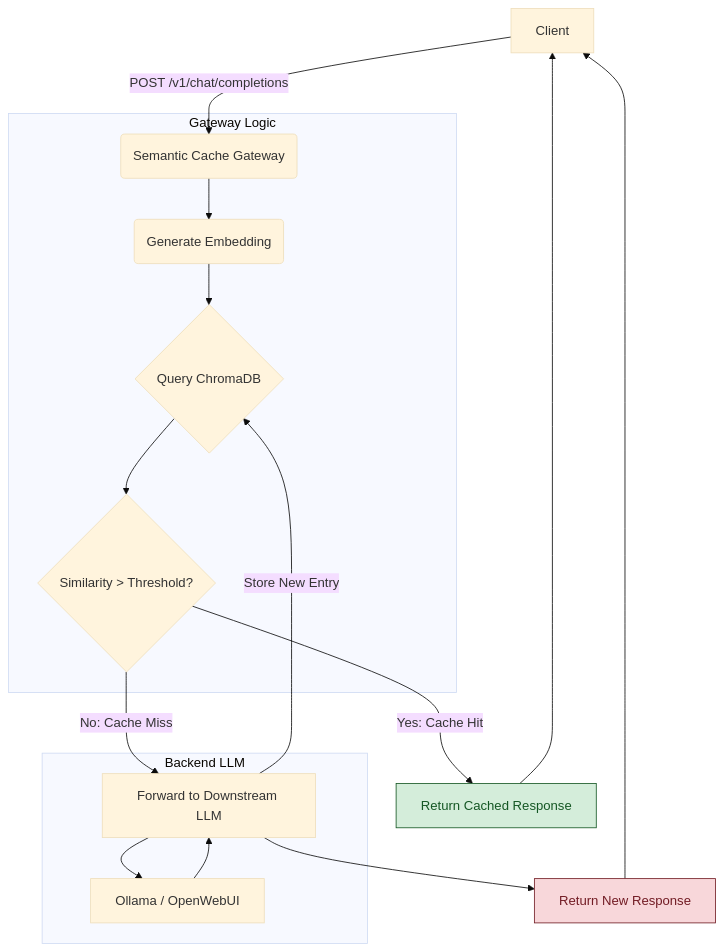
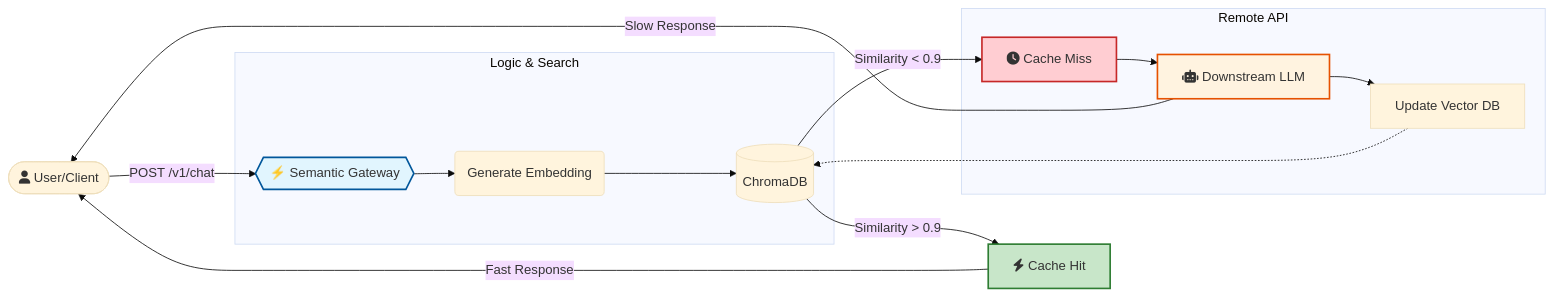
The diagram in README.md (ShahirShamim/AI-Cache), drawn with Mermaid (base theme) before and after one commit.

Commit message:
Update README with new semantic gateway diagram

````diff
--- a/README.md
+++ b/README.md
@@ -19,27 +19,44 @@
 ```mermaid
-graph TD
-    A[Client] -->|POST /v1/chat/completions| B(Semantic Cache Gateway)
+graph LR
+    %% Node Definitions
+    User([fa:fa-user User/Client])
+    Gateway{{"⚡ Semantic Gateway"}}
+    Embed(Generate Embedding)
+    VectorDB[(ChromaDB)]
+    LLM[fa:fa-robot Downstream LLM]
     
-    subgraph Gateway Logic
-        B --> C(Generate Embedding)
-        C --> D{Query ChromaDB}
-        D --> E{Similarity > Threshold?}
+    %% Style Classes
+    classDef cacheHit fill:#e1f5fe,stroke:#01579b,stroke-width:2px;
+    classDef cacheMiss fill:#fff3e0,stroke:#e65100,stroke-width:2px;
+    classDef success fill:#c8e6c9,stroke:#2e7d32,stroke-width:2px;
+    classDef failure fill:#ffcdd2,stroke:#c62828,stroke-width:2px;
+
+    %% Main Flow
+    User -->|POST /v1/chat| Gateway
+    
+    subgraph Logic ["Logic & Search"]
+        Gateway --> Embed
+        Embed --> VectorDB
     end
 
-    E -->|Yes: Cache Hit| F[Return Cached Response]
-    F --> A
+    %% Decision Path
+    VectorDB -- "Similarity > 0.9" --> Hit[fa:fa-bolt Cache Hit]
+    VectorDB -- "Similarity < 0.9" --> Miss[fa:fa-clock Cache Miss]
 
-    E -->|No: Cache Miss| G[Forward to Downstream LLM]
+    %% Response Paths
+    Hit -->|Fast Response| User
     
-    subgraph Backend LLM
-        G --> H[Ollama / OpenWebUI]
+    subgraph External ["Remote API"]
+        Miss --> LLM
+        LLM --> Save[Update Vector DB]
+        Save -.-> VectorDB
     end
+    
+    LLM -->|Slow Response| User
 
-    H --> G
-    G -->|Store New Entry| D
-    G --> I[Return New Response]
-    I --> A
-
-    style F fill:#d4edda,stroke:#155724,color:#155724
-    style I fill:#f8d7da,stroke:#721c24,color:#721c24
+    %% Applying Styles
+    class Hit success;
+    class Miss failure;
+    class Gateway cacheHit;
+    class LLM cacheMiss;
 ```
````
